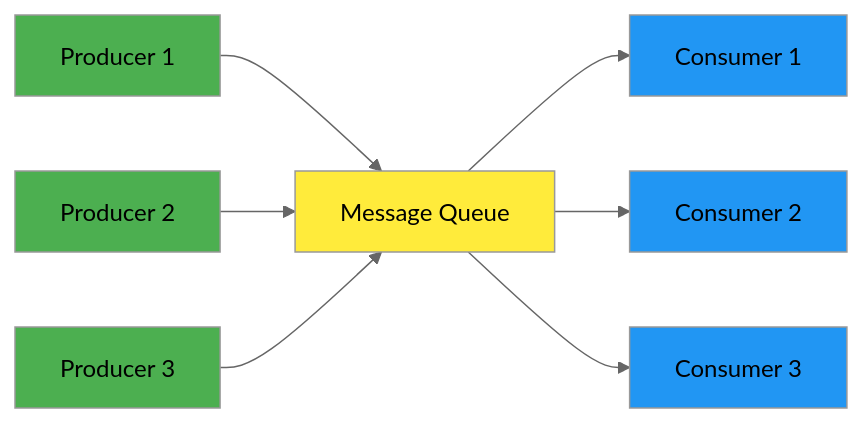
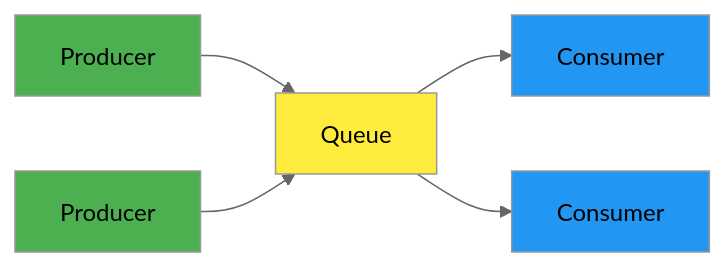
Before and after one commit to samadeep/samadeep.github.io: the second of 3 diagrams in _posts/2024-01-15-understanding-schedulers-and-worker-schedulers.md, drawn with Mermaid (neutral theme). The commit also changed other lines of this file and 2 other files, not shown here.

Commit message:
fix: performance guide and issue with diagrams

```diff
--- a/_posts/2024-01-15-understanding-schedulers-and-worker-schedulers.md
+++ b/_posts/2024-01-15-understanding-schedulers-and-worker-schedulers.md
@@ -215,18 +143,13 @@
 {% mermaid %}
 graph LR
-    A[Producer 1] --> D[Message Queue]
-    B[Producer 2] --> D
-    C[Producer 3] --> D
-    
-    D --> E[Consumer 1]
-    D --> F[Consumer 2]
-    D --> G[Consumer 3]
+    A[Producer] --> D[Queue]
+    B[Producer] --> D
+    D --> E[Consumer]
+    D --> F[Consumer]
     
     style D fill:#ffeb3b
     style A fill:#4caf50
     style B fill:#4caf50
-    style C fill:#4caf50
     style E fill:#2196f3
     style F fill:#2196f3
-    style G fill:#2196f3
 {% endmermaid %}
```
